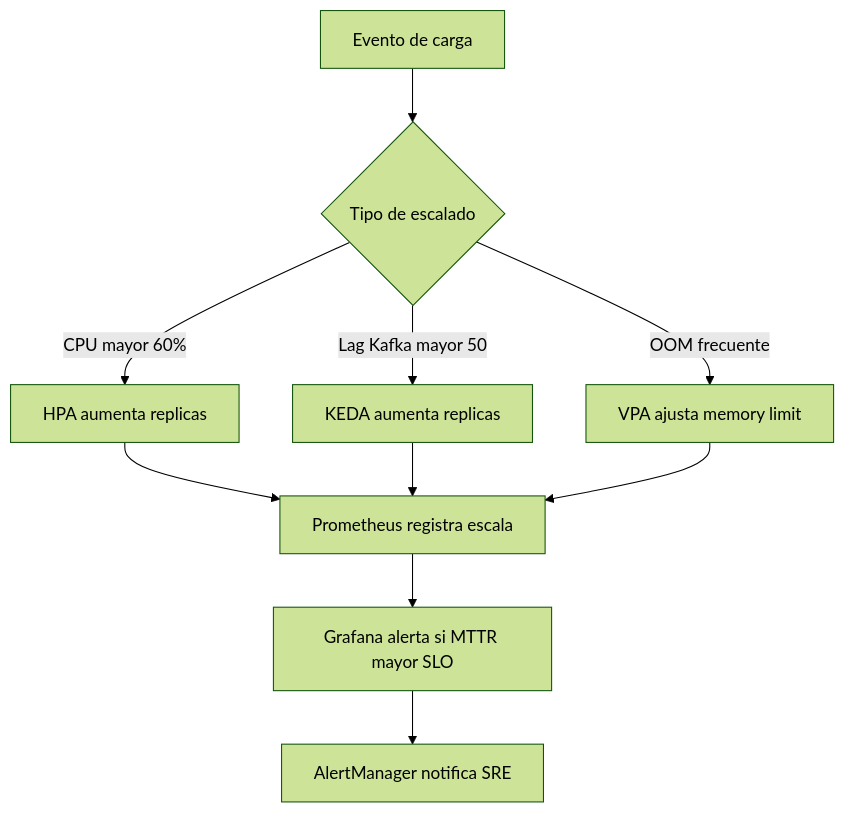
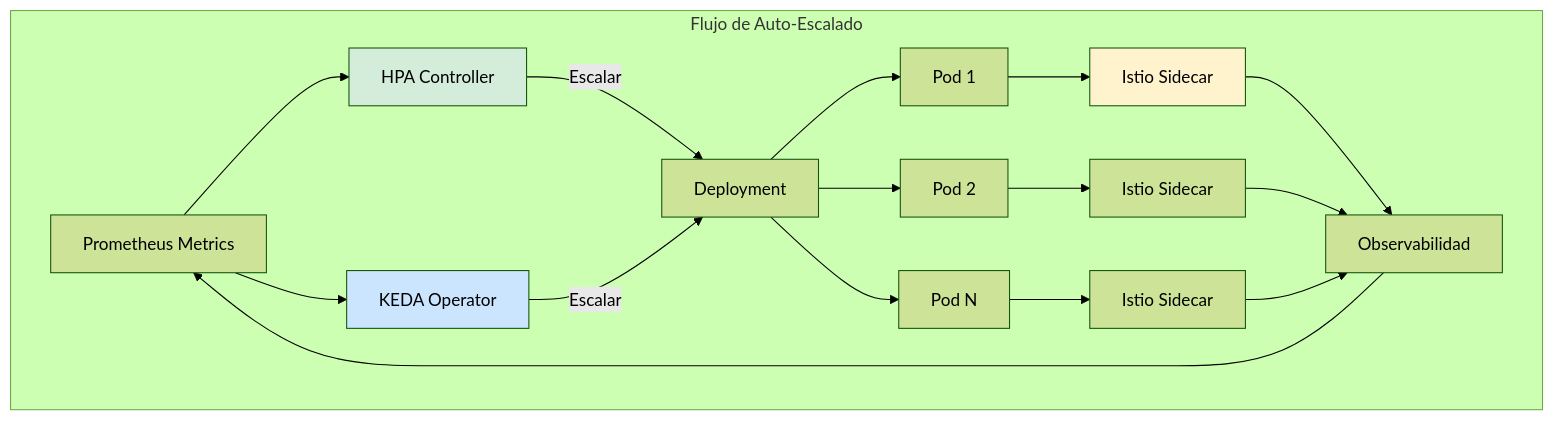
Before and after one commit to Joaquinriosheredia/DAM-Java-Mastery: the third of 4 diagrams in 05_SRE_DevOps/kubernetes_auto-escalado_service_mesh_2026_STAFF.md, drawn with Mermaid (forest theme). The commit also changed other lines of this file, not shown here.

Commit message:
kubernetes_auto-escalado_service_mesh_2026_STAFF.md

````diff
--- a/05_SRE_DevOps/kubernetes_auto-escalado_service_mesh_2026_STAFF.md
+++ b/05_SRE_DevOps/kubernetes_auto-escalado_service_mesh_2026_STAFF.md
@@ -296,12 +418,28 @@
 ```mermaid
 graph TD
-    A[Evento de carga] --> B{Tipo de escalado}
-    B -->|CPU mayor 60%| C[HPA aumenta replicas]
-    B -->|Lag Kafka mayor 50| D[KEDA aumenta replicas]
-    B -->|OOM frecuente| E[VPA ajusta memory limit]
-    C --> F[Prometheus registra escala]
-    D --> F
-    E --> F
-    F --> G[Grafana alerta si MTTR mayor SLO]
-    G --> H[AlertManager notifica SRE]
+    subgraph "Flujo de Auto-Escalado"
+        METRIC[Prometheus Metrics] --> HPA[HPA Controller]
+        METRIC --> KEDA[KEDA Operator]
+        
+        HPA -->|Escalar| DEPLOY[Deployment]
+        KEDA -->|Escalar| DEPLOY
+        
+        DEPLOY --> POD1[Pod 1]
+        DEPLOY --> POD2[Pod 2]
+        DEPLOY --> PODN[Pod N]
+        
+        POD1 --> ISTIO1[Istio Sidecar]
+        POD2 --> ISTIO2[Istio Sidecar]
+        PODN --> ISTOPN[Istio Sidecar]
+        
+        ISTIO1 --> OBS[Observabilidad]
+        ISTIO2 --> OBS
+        ISTOPN --> OBS
+        
+        OBS --> METRIC
+    end
+    
+    style HPA fill:#d4edda
+    style KEDA fill:#cce5ff
+    style ISTIO1 fill:#fff3cd
 ```
````
